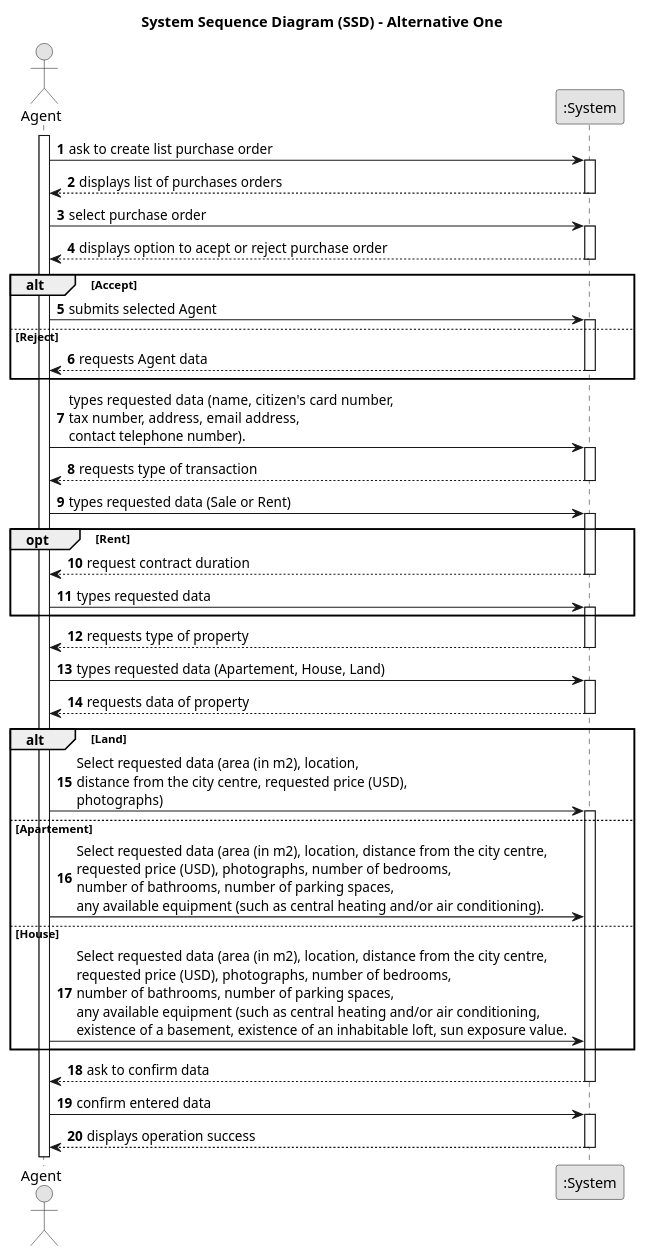
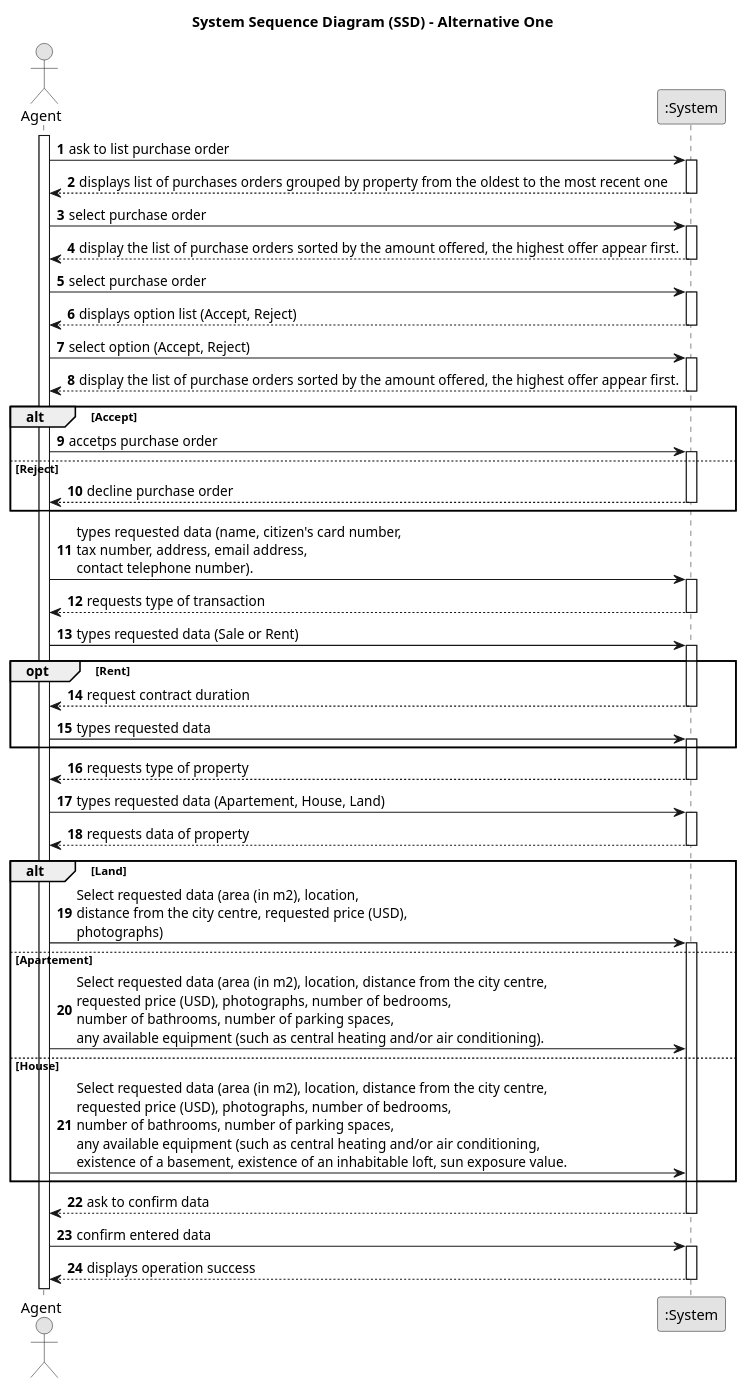
One commit to Goncalves2525/real-estate-management-system changed the diagram in docs/sprintC/us011/01.requirements-engineering/puml/us011-system-sequence-diagram-alternative-one.puml. Above: the diagram before and after it, drawn with PlantUML. The commit also changed 3 other files, not shown here.

```diff
--- a/docs/sprintC/us011/01.requirements-engineering/puml/us011-system-sequence-diagram-alternative-one.puml
+++ b/docs/sprintC/us011/01.requirements-engineering/puml/us011-system-sequence-diagram-alternative-one.puml
@@ -1,84 +1,97 @@
 @startuml
 skinparam monochrome true
 skinparam packageStyle rectangle
 skinparam shadowing false
 
 title System Sequence Diagram (SSD) - Alternative One
 
 autonumber
 
 actor "Agent" as Agent
 participant ":System" as System
 
 activate Agent
 
-        Agent -> System : ask to create list purchase order
+        Agent -> System : ask to list purchase order
     activate System
 
-        System --> Agent : displays list of purchases orders
+        System --> Agent : displays list of purchases orders grouped by property from the oldest to the most recent one
     deactivate  System
 
         Agent -> System :select purchase order
     activate System
 
-        System --> Agent :displays option to acept or reject purchase order
-     deactivate System
+        System --> Agent :display the list of purchase orders sorted by the amount offered, the highest offer appear first.
+    deactivate System
+
+        Agent -> System : select purchase order
+    activate System
+
+        System --> Agent : displays option list (Accept, Reject)
+    deactivate  System
+
+        Agent -> System :select option (Accept, Reject)
+    activate System
+
+        System --> Agent :display the list of purchase orders sorted by the amount offered, the highest offer appear first.
+    deactivate System
+
 
     alt Accept
 
-        Agent -> System : submits selected Agent
+        Agent -> System : accetps purchase order
      activate System
     else Reject
-        System --> Agent : requests Agent data
+        System --> Agent : decline purchase order
     deactivate System
     end
         Agent -> System : types requested data (name, citizen's card number, \ntax number, address, email address, \ncontact telephone number).
     activate System
 
         System --> Agent : requests type of transaction
     deactivate System
 
 
         Agent -> System : types requested data (Sale or Rent)
     activate System
 
 
     opt Rent
 
         System --> Agent: request contract duration
         deactivate System
 
         Agent -> System: types requested data
         activate System
     end
 
         System --> Agent : requests type of property
     deactivate System
 
         Agent -> System : types requested data (Apartement, House, Land)
     activate System
 
             System --> Agent : requests data of property
     deactivate System
 
     alt  Land
 
         Agent -> System: Select requested data (area (in m2), location, \ndistance from the city centre, requested price (USD), \nphotographs)
     activate System
     else  Apartement
         Agent -> System: Select requested data (area (in m2), location, distance from the city centre, \nrequested price (USD), photographs, number of bedrooms,\nnumber of bathrooms, number of parking spaces,\nany available equipment (such as central heating and/or air conditioning).
     else  House
         Agent -> System: Select requested data (area (in m2), location, distance from the city centre, \nrequested price (USD), photographs, number of bedrooms,\nnumber of bathrooms, number of parking spaces,\nany available equipment (such as central heating and/or air conditioning, \nexistence of a basement, existence of an inhabitable loft, sun exposure value.
     end
 
             System --> Agent : ask to confirm data
     deactivate System
 
             Agent -> System: confirm entered data
     activate System
 
         System --> Agent : displays operation success
     deactivate System
 
 
 @enduml
```
